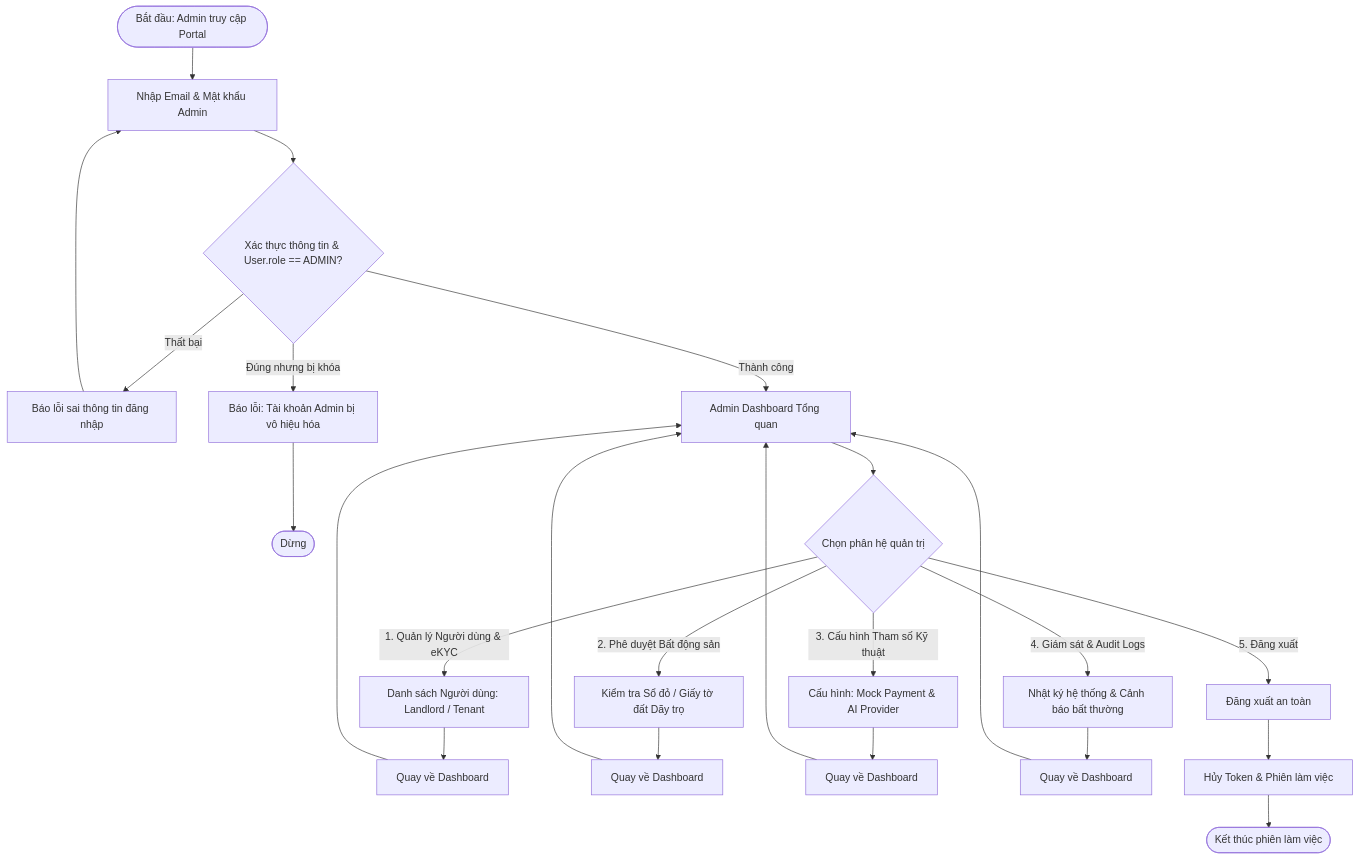
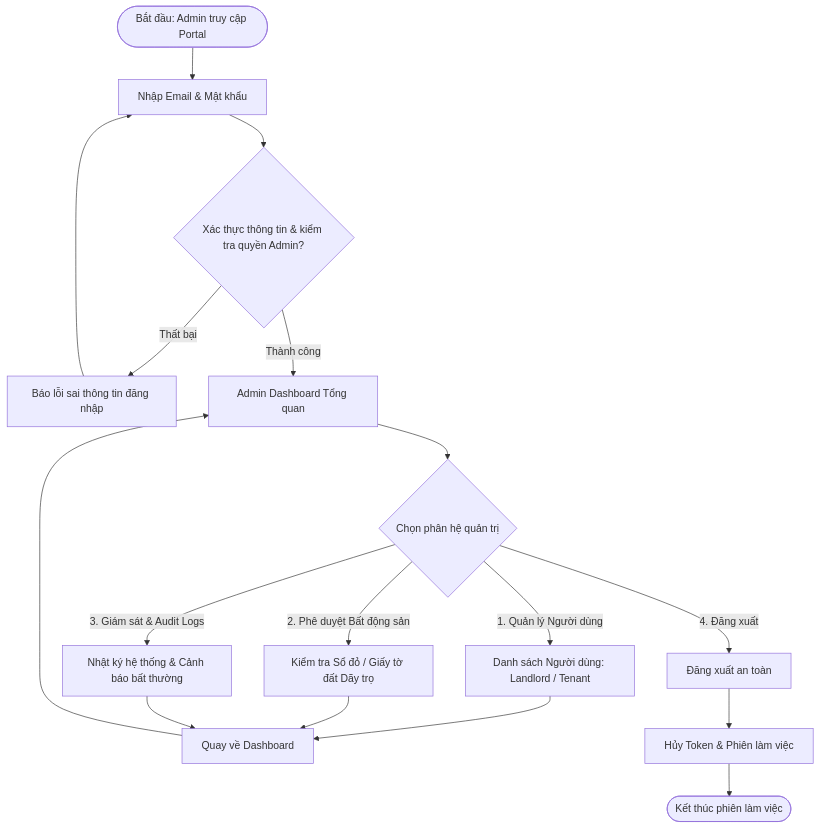
The first of 6 diagrams in phase-1/discovery/user_flow/admin_user_flow.md (pbl6-home-renter/docs), drawn with Mermaid before and after one commit. The commit also changed other lines of this file and 6 other files, not shown here.

````diff
--- a/phase-1/discovery/user_flow/admin_user_flow.md
+++ b/phase-1/discovery/user_flow/admin_user_flow.md
@@ -30,24 +21,21 @@
 ```mermaid
 flowchart TD
-    StartAdmin([Bắt đầu: Admin truy cập Portal]) --> InputAuth[Nhập Email & Mật khẩu Admin]
-    InputAuth --> CheckAdminAuth{Xác thực thông tin & User.role == ADMIN?}
+    StartAdmin([Bắt đầu: Admin truy cập Portal]) --> InputAuth[Nhập Email & Mật khẩu]
+    InputAuth --> CheckAdminAuth{Xác thực thông tin & kiểm tra quyền Admin?}
     
     CheckAdminAuth -->|Thất bại| AuthErr[Báo lỗi sai thông tin đăng nhập] --> InputAuth
-    CheckAdminAuth -->|Đúng nhưng bị khóa| LockedErr[Báo lỗi: Tài khoản Admin bị vô hiệu hóa] --> EndAdminFail([Dừng])
     CheckAdminAuth -->|Thành công| AdminDash[Admin Dashboard Tổng quan]
     
     AdminDash --> NavChoice{Chọn phân hệ quản trị}
     
-    NavChoice -->|1. Quản lý Người dùng & eKYC| SubUser[Danh sách Người dùng: Landlord / Tenant]
+    NavChoice -->|1. Quản lý Người dùng| SubUser[Danh sách Người dùng: Landlord / Tenant]
     NavChoice -->|2. Phê duyệt Bất động sản| SubProperty[Kiểm tra Sổ đỏ / Giấy tờ đất Dãy trọ]
-    NavChoice -->|3. Cấu hình Tham số Kỹ thuật| SubConfig[Cấu hình: Mock Payment & AI Provider]
-    NavChoice -->|4. Giám sát & Audit Logs| SubLogs[Nhật ký hệ thống & Cảnh báo bất thường]
-    NavChoice -->|5. Đăng xuất| AdminLogout[Đăng xuất an toàn]
+    NavChoice -->|3. Giám sát & Audit Logs| SubLogs[Nhật ký hệ thống & Cảnh báo bất thường]
+    NavChoice -->|4. Đăng xuất| AdminLogout[Đăng xuất an toàn]
     
     SubUser --> RetDash1[Quay về Dashboard] --> AdminDash
-    SubProperty --> RetDash2[Quay về Dashboard] --> AdminDash
-    SubConfig --> RetDash3[Quay về Dashboard] --> AdminDash
-    SubLogs --> RetDash4[Quay về Dashboard] --> AdminDash
+    SubProperty --> RetDash1
+    SubLogs --> RetDash1
     
     AdminLogout --> ClearAdminJWT[Hủy Token & Phiên làm việc] --> EndAdminSuccess([Kết thúc phiên làm việc])
 ```
````
